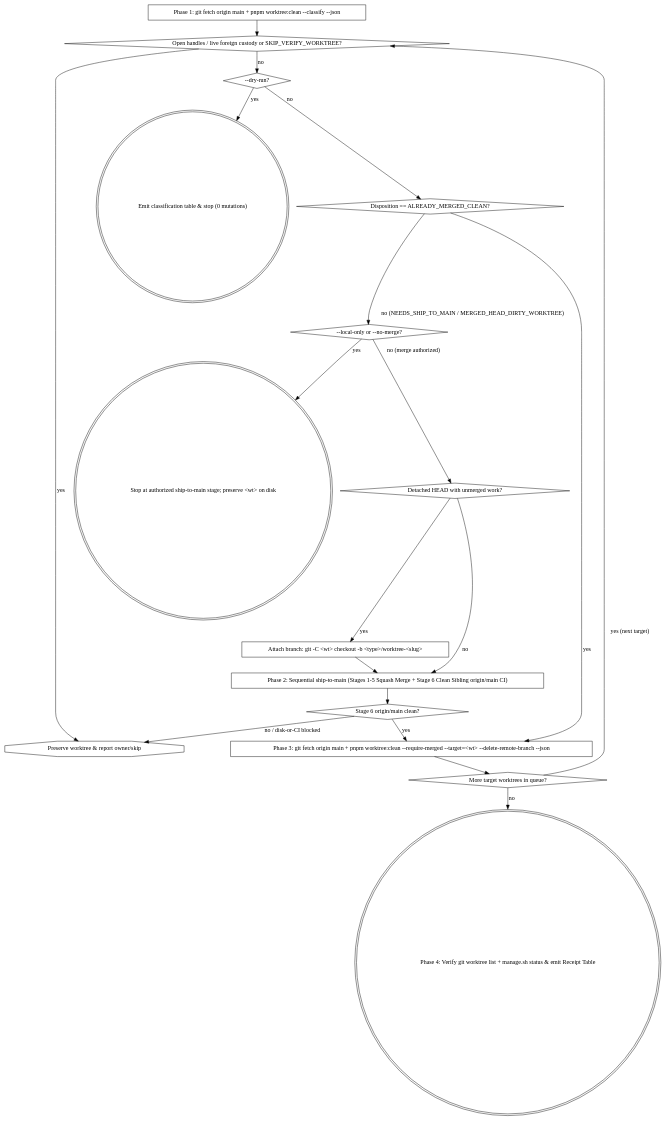
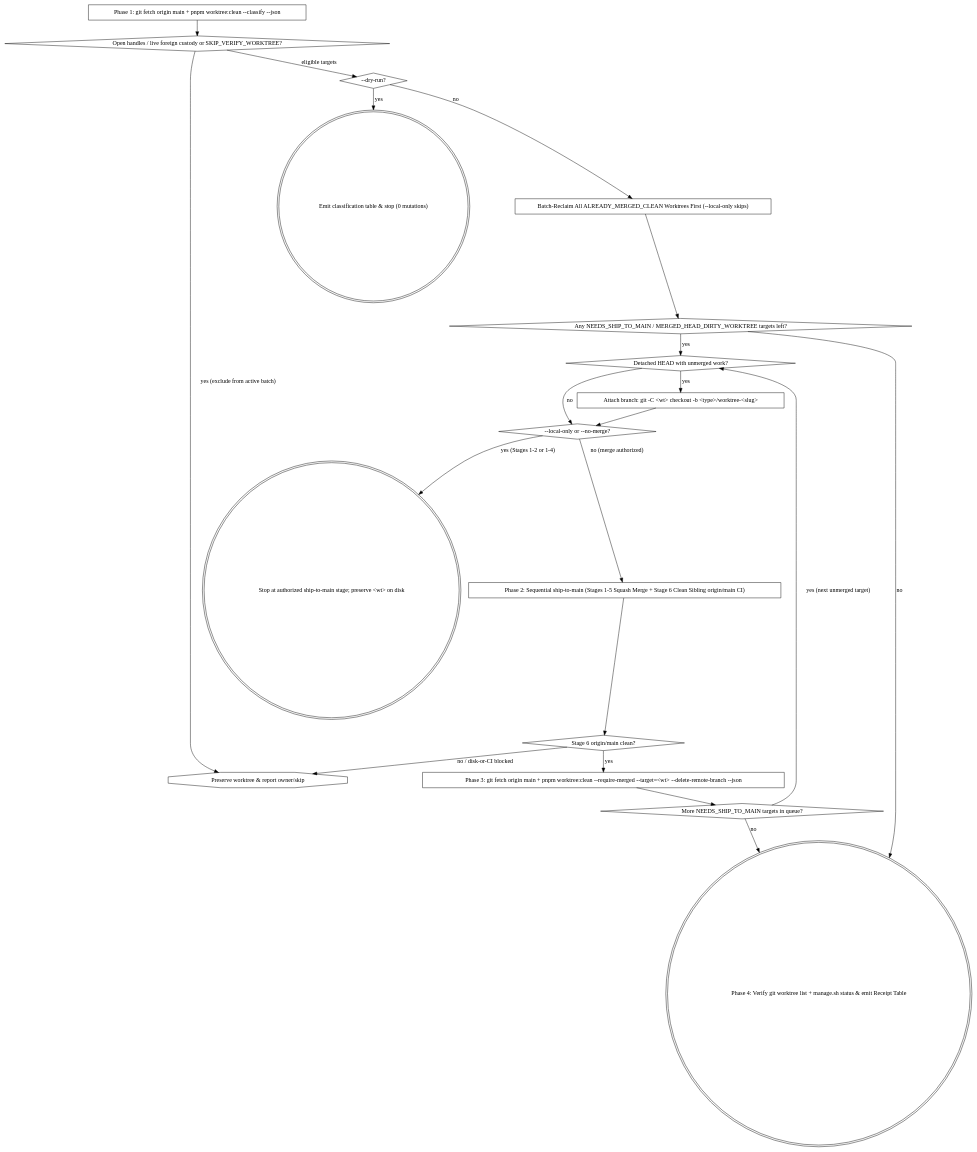
The diagram in skills/clean-worktree/SKILL.md (quan25211ot0433/project-agent-skills), drawn with Graphviz before and after one commit. The commit also changed other lines of this file and 6 other files, not shown here.

First line of the commit message:
feat(skills): allowlist unpopulated gitlinks, upfront merged reclaim, and main push-scope CI (#6)

````diff
--- a/skills/clean-worktree/SKILL.md
+++ b/skills/clean-worktree/SKILL.md
@@ -41,39 +41,41 @@
 ```dot
 digraph clean_worktree {
     rankdir=TB;
     "Phase 1: git fetch origin main + pnpm worktree:clean --classify --json" [shape=box];
     "Open handles / live foreign custody or SKIP_VERIFY_WORKTREE?" [shape=diamond];
     "Preserve worktree & report owner/skip" [shape=octagon];
     "--dry-run?" [shape=diamond];
     "Emit classification table & stop (0 mutations)" [shape=doublecircle];
-    "Disposition == ALREADY_MERGED_CLEAN?" [shape=diamond];
+    "Batch-Reclaim All ALREADY_MERGED_CLEAN Worktrees First (--local-only skips)" [shape=box];
+    "Any NEEDS_SHIP_TO_MAIN / MERGED_HEAD_DIRTY_WORKTREE targets left?" [shape=diamond];
     "--local-only or --no-merge?" [shape=diamond];
     "Stop at authorized ship-to-main stage; preserve <wt> on disk" [shape=doublecircle];
     "Detached HEAD with unmerged work?" [shape=diamond];
     "Attach branch: git -C <wt> checkout -b <type>/worktree-<slug>" [shape=box];
     "Phase 2: Sequential ship-to-main (Stages 1-5 Squash Merge + Stage 6 Clean Sibling origin/main CI)" [shape=box];
     "Stage 6 origin/main clean?" [shape=diamond];
     "Phase 3: git fetch origin main + pnpm worktree:clean --require-merged --target=<wt> --delete-remote-branch --json" [shape=box];
-    "More target worktrees in queue?" [shape=diamond];
+    "More NEEDS_SHIP_TO_MAIN targets in queue?" [shape=diamond];
     "Phase 4: Verify git worktree list + manage.sh status & emit Receipt Table" [shape=doublecircle];
 
     "Phase 1: git fetch origin main + pnpm worktree:clean --classify --json" -> "Open handles / live foreign custody or SKIP_VERIFY_WORKTREE?";
-    "Open handles / live foreign custody or SKIP_VERIFY_WORKTREE?" -> "Preserve worktree & report owner/skip" [label="yes"];
-    "Open handles / live foreign custody or SKIP_VERIFY_WORKTREE?" -> "--dry-run?" [label="no"];
+    "Open handles / live foreign custody or SKIP_VERIFY_WORKTREE?" -> "Preserve worktree & report owner/skip" [label="yes (exclude from active batch)"];
+    "Open handles / live foreign custody or SKIP_VERIFY_WORKTREE?" -> "--dry-run?" [label="eligible targets"];
     "--dry-run?" -> "Emit classification table & stop (0 mutations)" [label="yes"];
-    "--dry-run?" -> "Disposition == ALREADY_MERGED_CLEAN?" [label="no"];
-    "Disposition == ALREADY_MERGED_CLEAN?" -> "Phase 3: git fetch origin main + pnpm worktree:clean --require-merged --target=<wt> --delete-remote-branch --json" [label="yes"];
-    "Disposition == ALREADY_MERGED_CLEAN?" -> "--local-only or --no-merge?" [label="no (NEEDS_SHIP_TO_MAIN / MERGED_HEAD_DIRTY_WORKTREE)"];
-    "--local-only or --no-merge?" -> "Stop at authorized ship-to-main stage; preserve <wt> on disk" [label="yes"];
-    "--local-only or --no-merge?" -> "Detached HEAD with unmerged work?" [label="no (merge authorized)"];
+    "--dry-run?" -> "Batch-Reclaim All ALREADY_MERGED_CLEAN Worktrees First (--local-only skips)" [label="no"];
+    "Batch-Reclaim All ALREADY_MERGED_CLEAN Worktrees First (--local-only skips)" -> "Any NEEDS_SHIP_TO_MAIN / MERGED_HEAD_DIRTY_WORKTREE targets left?";
+    "Any NEEDS_SHIP_TO_MAIN / MERGED_HEAD_DIRTY_WORKTREE targets left?" -> "Phase 4: Verify git worktree list + manage.sh status & emit Receipt Table" [label="no"];
+    "Any NEEDS_SHIP_TO_MAIN / MERGED_HEAD_DIRTY_WORKTREE targets left?" -> "Detached HEAD with unmerged work?" [label="yes"];
     "Detached HEAD with unmerged work?" -> "Attach branch: git -C <wt> checkout -b <type>/worktree-<slug>" [label="yes"];
-    "Detached HEAD with unmerged work?" -> "Phase 2: Sequential ship-to-main (Stages 1-5 Squash Merge + Stage 6 Clean Sibling origin/main CI)" [label="no"];
-    "Attach branch: git -C <wt> checkout -b <type>/worktree-<slug>" -> "Phase 2: Sequential ship-to-main (Stages 1-5 Squash Merge + Stage 6 Clean Sibling origin/main CI)";
+    "Detached HEAD with unmerged work?" -> "--local-only or --no-merge?" [label="no"];
+    "Attach branch: git -C <wt> checkout -b <type>/worktree-<slug>" -> "--local-only or --no-merge?";
+    "--local-only or --no-merge?" -> "Stop at authorized ship-to-main stage; preserve <wt> on disk" [label="yes (Stages 1-2 or 1-4)"];
+    "--local-only or --no-merge?" -> "Phase 2: Sequential ship-to-main (Stages 1-5 Squash Merge + Stage 6 Clean Sibling origin/main CI)" [label="no (merge authorized)"];
     "Phase 2: Sequential ship-to-main (Stages 1-5 Squash Merge + Stage 6 Clean Sibling origin/main CI)" -> "Stage 6 origin/main clean?";
     "Stage 6 origin/main clean?" -> "Preserve worktree & report owner/skip" [label="no / disk-or-CI blocked"];
     "Stage 6 origin/main clean?" -> "Phase 3: git fetch origin main + pnpm worktree:clean --require-merged --target=<wt> --delete-remote-branch --json" [label="yes"];
-    "Phase 3: git fetch origin main + pnpm worktree:clean --require-merged --target=<wt> --delete-remote-branch --json" -> "More target worktrees in queue?";
-    "More target worktrees in queue?" -> "Open handles / live foreign custody or SKIP_VERIFY_WORKTREE?" [label="yes (next target)"];
-    "More target worktrees in queue?" -> "Phase 4: Verify git worktree list + manage.sh status & emit Receipt Table" [label="no"];
+    "Phase 3: git fetch origin main + pnpm worktree:clean --require-merged --target=<wt> --delete-remote-branch --json" -> "More NEEDS_SHIP_TO_MAIN targets in queue?";
+    "More NEEDS_SHIP_TO_MAIN targets in queue?" -> "Detached HEAD with unmerged work?" [label="yes (next unmerged target)"];
+    "More NEEDS_SHIP_TO_MAIN targets in queue?" -> "Phase 4: Verify git worktree list + manage.sh status & emit Receipt Table" [label="no"];
 }
 ```
````
